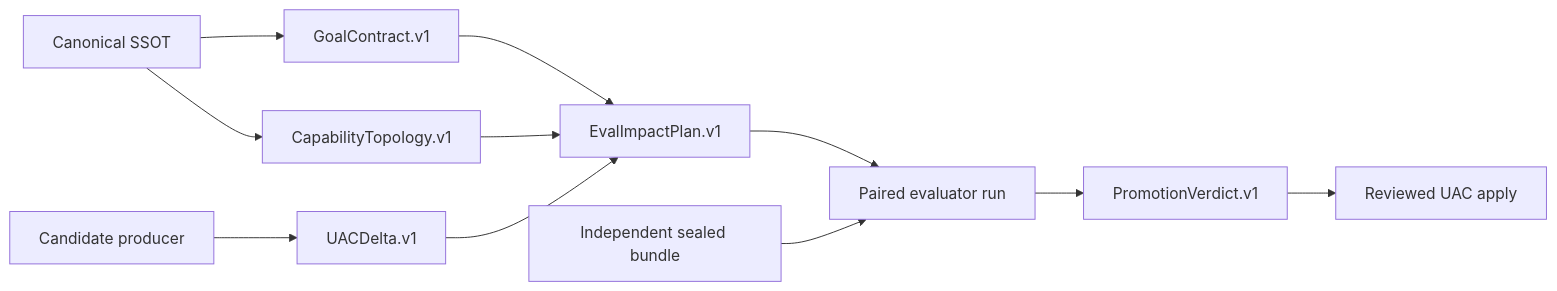
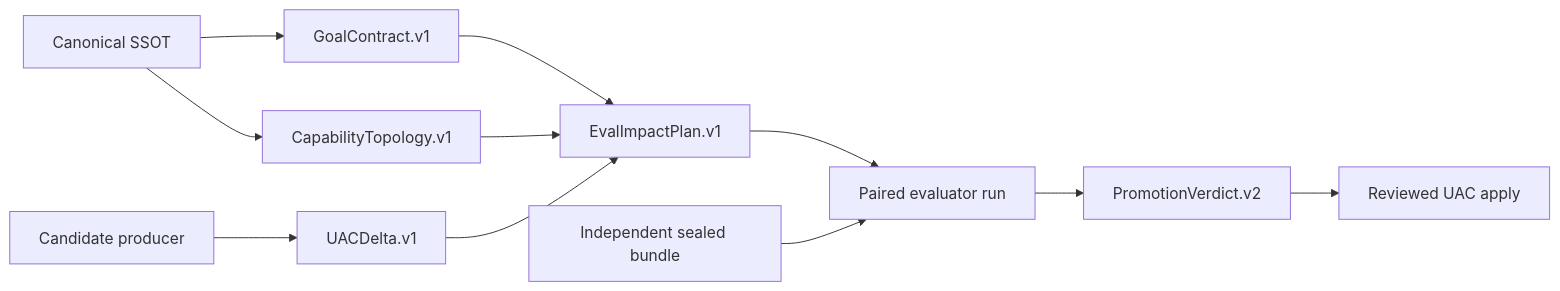
Before and after one commit to medhatgalal/Core-Prompts: the diagram in docs/CAPABILITY-EVALUATION.md, drawn with Mermaid. The commit also changed other lines of this file and 15 other files, not shown here.

````diff
--- a/docs/CAPABILITY-EVALUATION.md
+++ b/docs/CAPABILITY-EVALUATION.md
@@ -36,13 +38,13 @@
 ```mermaid
 flowchart LR
   S["Canonical SSOT"] --> G["GoalContract.v1"]
   S --> T["CapabilityTopology.v1"]
   C["Candidate producer"] --> D["UACDelta.v1"]
   G --> I["EvalImpactPlan.v1"]
   T --> I
   D --> I
   I --> R["Paired evaluator run"]
   H["Independent sealed bundle"] --> R
-  R --> V["PromotionVerdict.v1"]
+  R --> V["PromotionVerdict.v2"]
   V --> A["Reviewed UAC apply"]
 ```
````
